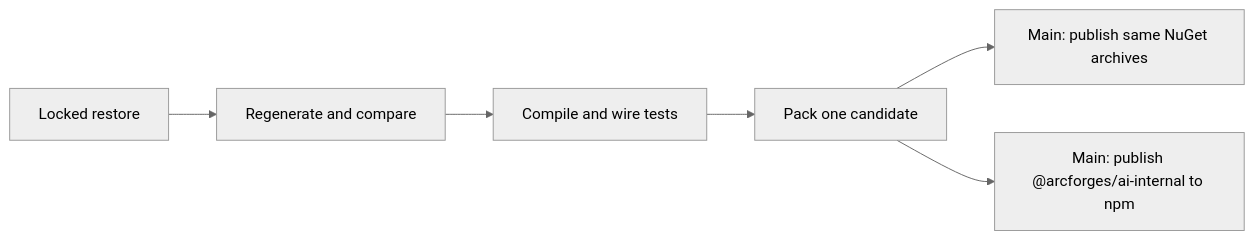
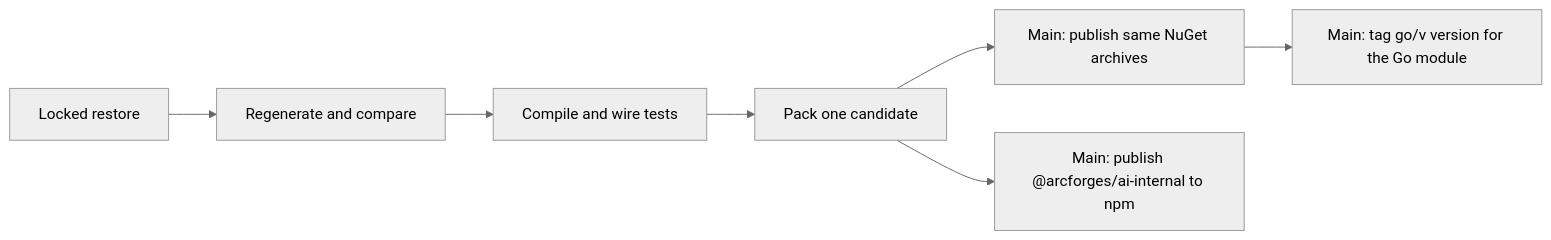
One commit to ArcForges/Contracts changed the diagram in README.md. Above: the diagram before and after it, drawn with Mermaid (neutral theme). The commit also changed other lines of this file and 135 other files, not shown here.

````diff
--- a/README.md
+++ b/README.md
@@ -102,8 +105,9 @@
 ```mermaid
 flowchart LR
   A[Locked restore] --> B[Regenerate and compare]
   B --> C[Compile and wire tests]
   C --> D[Pack one candidate]
   D --> H[Main: publish same NuGet archives]
   D --> I[Main: publish @arcforges/ai-internal to npm]
+  H --> J[Main: tag go/v version for the Go module]
 ```
````
